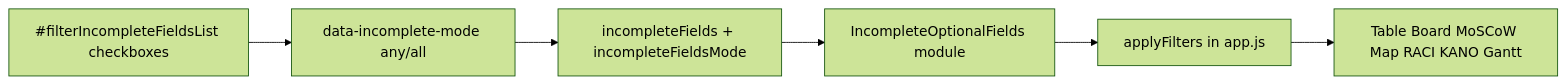
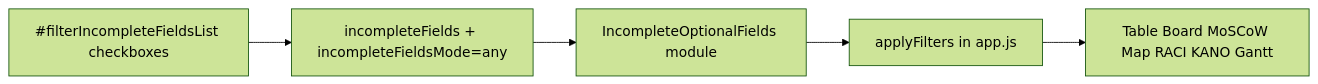
Before and after one commit to RifqiMT/pm-prioritization-tool: diagram 21 of 22 in docs/VARIABLES.md, drawn with Mermaid (forest theme). The commit also changed other lines of this file and 34 other files, not shown here.

````diff
--- a/docs/VARIABLES.md
+++ b/docs/VARIABLES.md
@@ -563,8 +566,7 @@
 ```mermaid
 flowchart LR
-  UI[#filterIncompleteFieldsList checkboxes] --> MODE[data-incomplete-mode any/all]
-  MODE --> CRIT[incompleteFields + incompleteFieldsMode]
+  UI[#filterIncompleteFieldsList checkboxes] --> CRIT[incompleteFields + incompleteFieldsMode=any]
   CRIT --> MOD[IncompleteOptionalFields module]
   MOD --> APPLY[applyFilters in app.js]
   APPLY --> VIEWS[Table Board MoSCoW Map RACI KANO Gantt]
 ```
````
